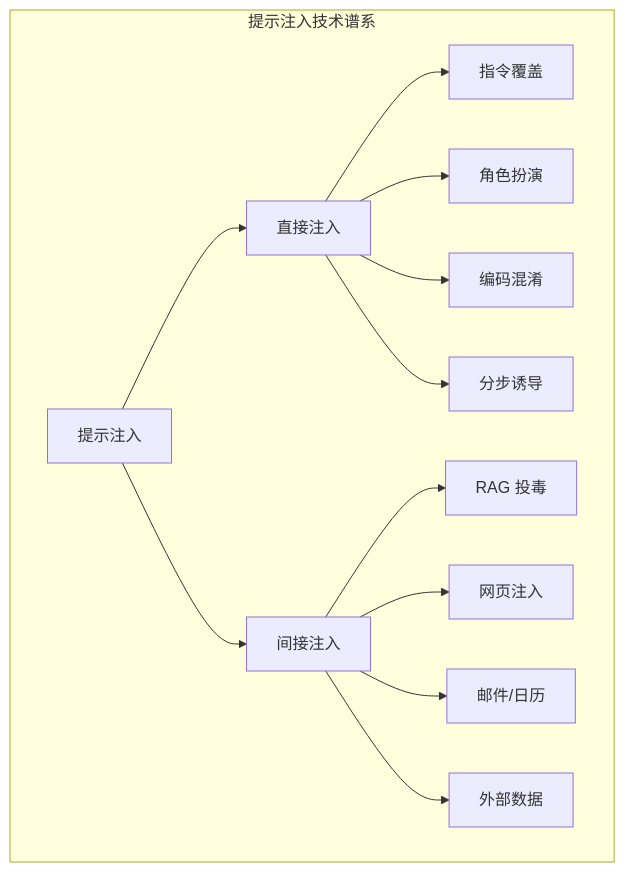
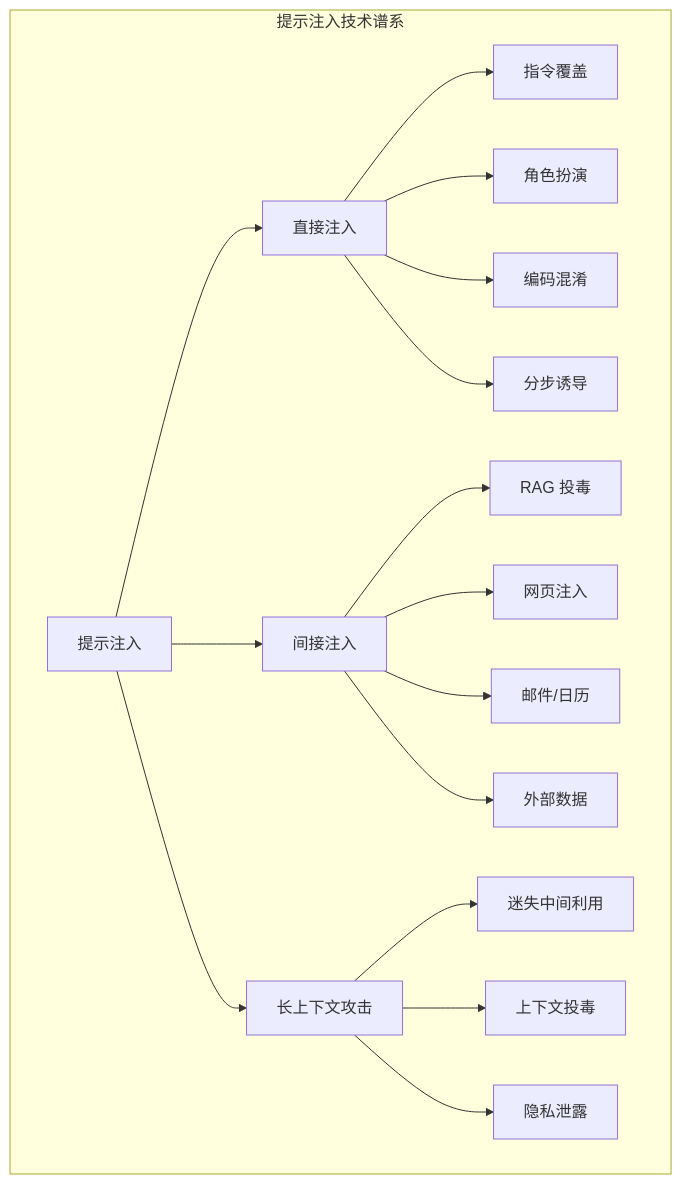
One commit to yeasy/ai_security_guide changed the diagram in 04_prompt_injection/summary.md. Above: the diagram before and after it, drawn with Mermaid. The commit also changed other lines of this file and 3 other files, not shown here.

````diff
--- a/04_prompt_injection/summary.md
+++ b/04_prompt_injection/summary.md
@@ -19,17 +21,22 @@
 ```mermaid
 graph TB
     subgraph "提示注入技术谱系"
     A["提示注入"] --> B["直接注入"]
     A --> C["间接注入"]
 
     B --> B1["指令覆盖"]
     B --> B2["角色扮演"]
     B --> B3["编码混淆"]
     B --> B4["分步诱导"]
 
     C --> C1["RAG 投毒"]
     C --> C2["网页注入"]
     C --> C3["邮件/日历"]
     C --> C4["外部数据"]
+
+    A --> L["长上下文攻击"]
+    L --> L1["迷失中间利用"]
+    L --> L2["上下文投毒"]
+    L --> L3["隐私泄露"]
     end
 ```
````
